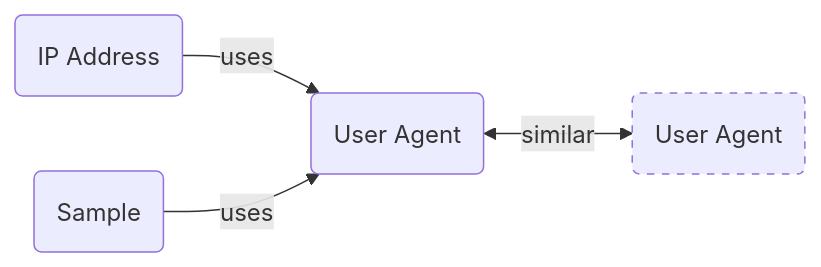
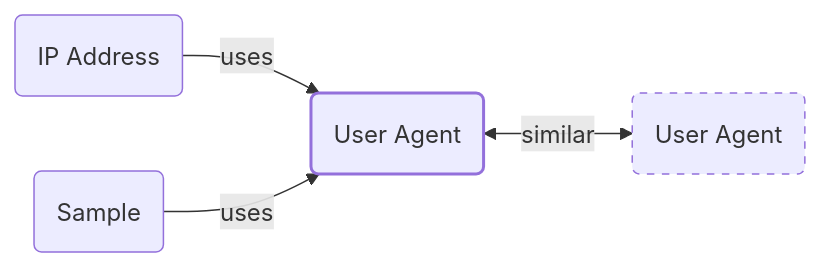
The diagram in docs/artifacts/user-agent.md (korniko98/pivot-atlas), drawn with Mermaid before and after one commit. The commit also changed other lines of this file and 9 other files, not shown here.

````diff
--- a/docs/artifacts/user-agent.md
+++ b/docs/artifacts/user-agent.md
@@ -31,15 +31,21 @@
 	```mermaid
 	flowchart LR
+		classDef primary stroke-width: 2px
 		classDef secondary stroke-dasharray: 5 5
 		
 		%% define nodes
 		IP_ADDRESS(IP Address)
 		SAMPLE(Sample)
-		USER_AGENT(User Agent)
+		USER_AGENT(User Agent):::primary
 		USER_AGENT_(User Agent):::secondary
 		
 		%% define edges
 		IP_ADDRESS -- uses --> USER_AGENT
 		USER_AGENT <-- similar --> USER_AGENT_
 		SAMPLE -- uses --> USER_AGENT
+		
+		%% define links
+		click IP_ADDRESS "#ip-addresses"
+		click SAMPLE "#samples"
+		click USER_AGENT_ "#user-agents"
 	```
````
